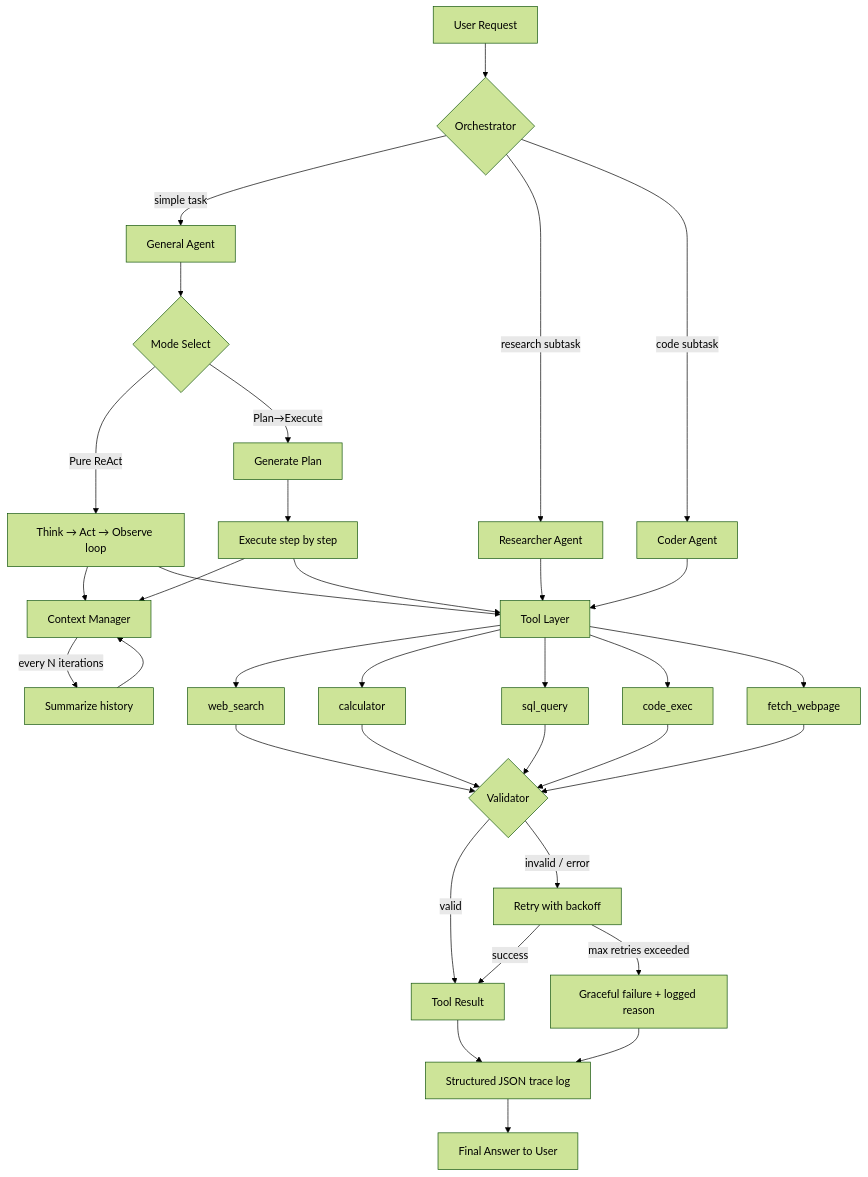
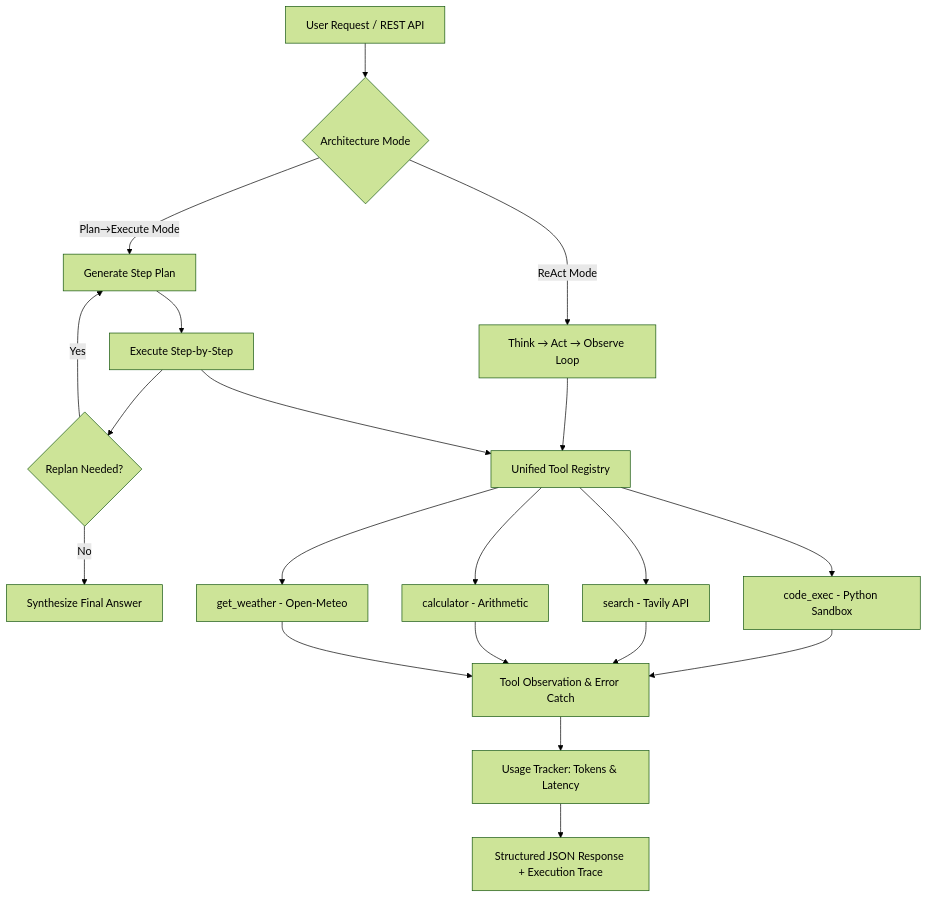
One commit to AYadav06/Aegis-Agent changed the diagram in README.md. Above: the diagram before and after it, drawn with Mermaid (forest theme). The commit also changed other lines of this file and 2 other files, not shown here.

````diff
--- a/README.md
+++ b/README.md
@@ -29,38 +26,23 @@
 ```mermaid
 flowchart TD
-    U[User Request] --> O{Orchestrator}
+    U[User Request / REST API] --> M{Architecture Mode}
 
-    O -->|simple task| A[General Agent]
-    O -->|research subtask| R[Researcher Agent]
-    O -->|code subtask| C[Coder Agent]
+    M -->|ReAct Mode| RE[Think → Act → Observe Loop]
+    M -->|Plan→Execute Mode| PL[Generate Step Plan] --> EX[Execute Step-by-Step]
 
-    A --> M{Mode Select}
-    M -->|Pure ReAct| RE[Think → Act → Observe loop]
-    M -->|Plan→Execute| PL[Generate Plan] --> EX[Execute step by step]
+    EX --> RP{Replan Needed?}
+    RP -->|Yes| PL
+    RP -->|No| ANS[Synthesize Final Answer]
 
-    RE --> CTX[Context Manager]
-    EX --> CTX
-    CTX -->|every N iterations| SUM[Summarize history]
-    SUM --> CTX
+    RE --> TL[Unified Tool Registry]
+    EX --> TL
 
-    RE --> TL[Tool Layer]
-    EX --> TL
-    R --> TL
-    C --> TL
+    TL --> T1[code_exec - Python Sandbox]
+    TL --> T2[search - Tavily API]
+    TL --> T3[calculator - Arithmetic]
+    TL --> T4[get_weather - Open-Meteo]
 
-    TL --> T1[web_search]
-    TL --> T2[calculator]
-    TL --> T3[sql_query]
-    TL --> T4[code_exec]
-    TL --> T5[fetch_webpage]
-
-    T1 & T2 & T3 & T4 & T5 --> VAL{Validator}
-    VAL -->|valid| RES[Tool Result]
-    VAL -->|invalid / error| RETRY[Retry with backoff]
-    RETRY -->|max retries exceeded| FAIL[Graceful failure + logged reason]
-    RETRY -->|success| RES
-
-    RES --> LOG[Structured JSON trace log]
-    FAIL --> LOG
-    LOG --> OUT[Final Answer to User]
+    T1 & T2 & T3 & T4 --> OBS[Tool Observation & Error Catch]
+    OBS --> TR[Usage Tracker: Tokens & Latency]
+    TR --> OUT[Structured JSON Response + Execution Trace]
 ```
````
